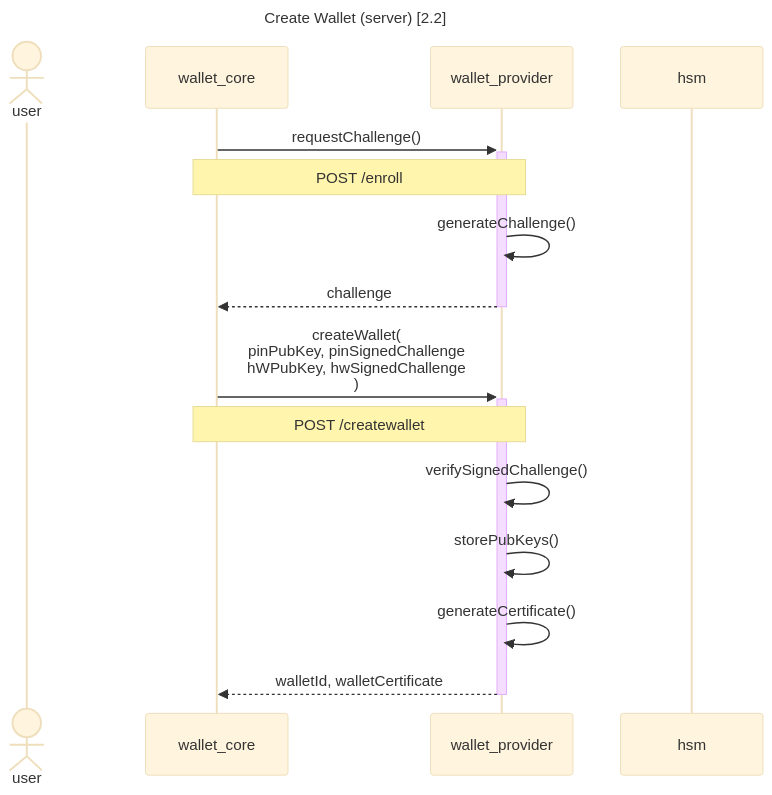
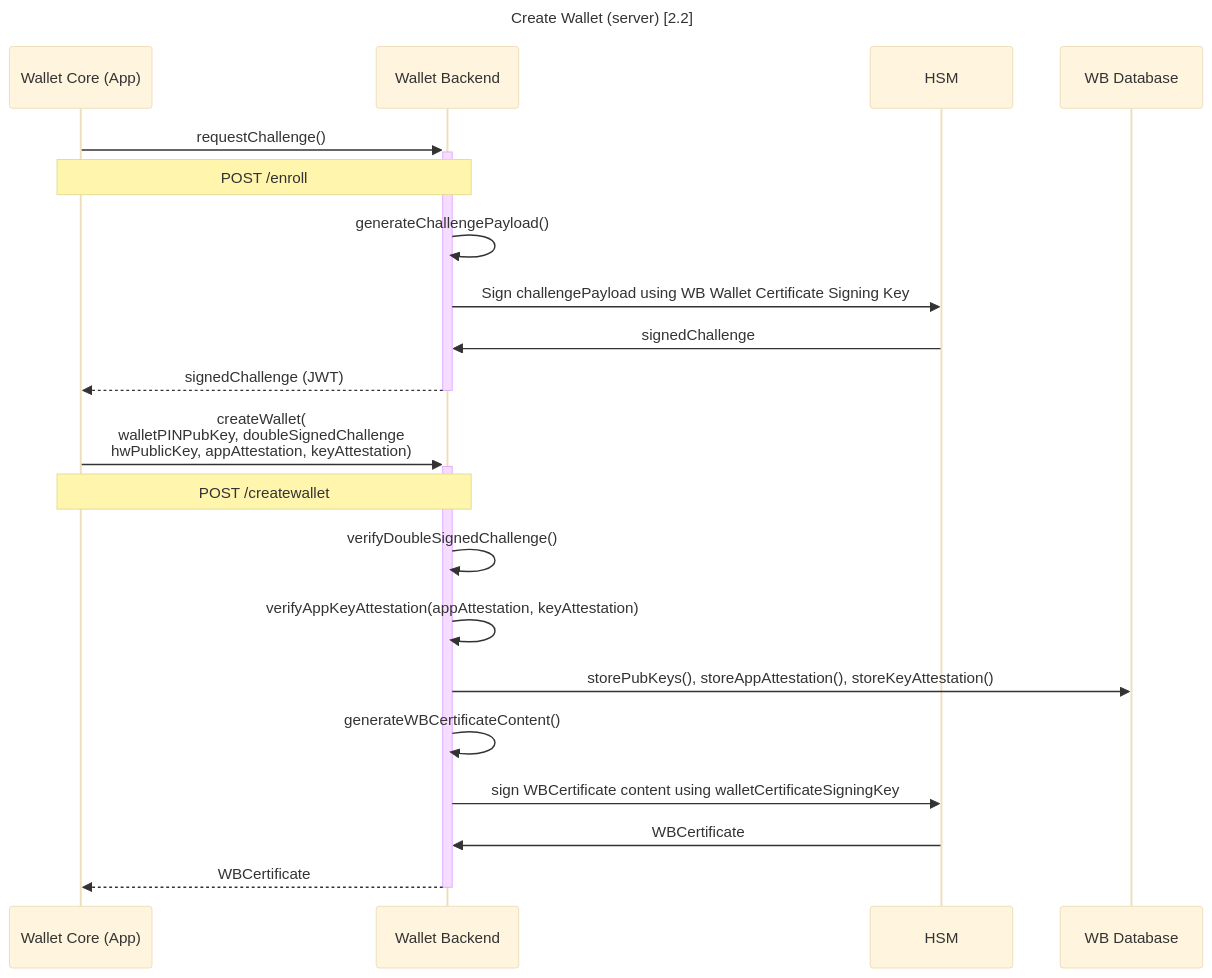
Before and after one commit to MinBZK/nl-wallet: the second of 2 diagrams in wallet_docs/architecture/use-cases/wallet-creation.md, drawn with Mermaid (base theme). The commit also changed other lines of this file and 3 other files, not shown here.

Commit message:
updated C4 and sequence diagrams

````diff
--- a/wallet_docs/architecture/use-cases/wallet-creation.md
+++ b/wallet_docs/architecture/use-cases/wallet-creation.md
@@ -70,20 +46,25 @@
 ```{mermaid}
 sequenceDiagram
     %% Force ordering by explicitly setting up participants
-    actor user
-    participant wallet_core
-    participant wallet_provider
-    participant hsm
+    participant wallet_core as Wallet Core (App)
+    participant wallet_provider as Wallet Backend
+    participant hsm as HSM
+    participant db as WB Database
     title Create Wallet (server) [2.2]
 
     wallet_core->>+wallet_provider: requestChallenge()
     note over wallet_core,wallet_provider: POST /enroll
-    wallet_provider->>wallet_provider: generateChallenge()
-    wallet_provider-->>-wallet_core: challenge
-    wallet_core->>+wallet_provider: createWallet(<br/>pinPubKey, pinSignedChallenge<br/>hWPubKey, hwSignedChallenge<br/>)
+    wallet_provider->>wallet_provider: generateChallengePayload()
+    wallet_provider ->> hsm: Sign challengePayload using WB Wallet Certificate Signing Key 
+    hsm ->> wallet_provider: signedChallenge
+    wallet_provider-->>-wallet_core: signedChallenge (JWT)
+    wallet_core->>+wallet_provider: createWallet(<br/>walletPINPubKey, doubleSignedChallenge<br/>hwPublicKey, appAttestation, keyAttestation)
     note over wallet_core,wallet_provider: POST /createwallet
-    wallet_provider->>wallet_provider: verifySignedChallenge()
-    wallet_provider->>wallet_provider: storePubKeys()
-    wallet_provider->>wallet_provider: generateCertificate()
-    wallet_provider-->>-wallet_core: walletId, walletCertificate
+    wallet_provider->>wallet_provider: verifyDoubleSignedChallenge()
+    wallet_provider->>wallet_provider: verifyAppKeyAttestation(appAttestation, keyAttestation)
+    wallet_provider->>db: storePubKeys(), storeAppAttestation(), storeKeyAttestation()
+    wallet_provider->>wallet_provider: generateWBCertificateContent()
+    wallet_provider->> hsm: sign WBCertificate content using walletCertificateSigningKey 
+    hsm ->> wallet_provider:  WBCertificate
+    wallet_provider-->>-wallet_core: WBCertificate
 ```
````
